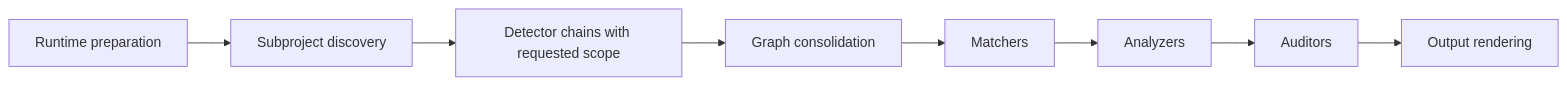
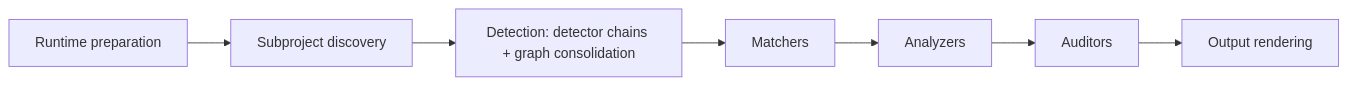
Before and after one commit to bomly-dev/bomly-cli: the second of 4 diagrams in docs/ARCHITECTURE.md, drawn with Mermaid. The commit also changed other lines of this file and 42 other files, not shown here.

````diff
--- a/docs/ARCHITECTURE.md
+++ b/docs/ARCHITECTURE.md
@@ -50,13 +50,12 @@
 ```mermaid
 flowchart LR
     A[Runtime preparation]
     B[Subproject discovery]
-    C[Detector chains with requested scope]
-    E[Graph consolidation]
+    C[Detection: detector chains + graph consolidation]
     F[Matchers]
     F2[Analyzers]
     G[Auditors]
     H[Output rendering]
 
-    A --> B --> C --> E --> F --> F2 --> G --> H
+    A --> B --> C --> F --> F2 --> G --> H
 ```
````
